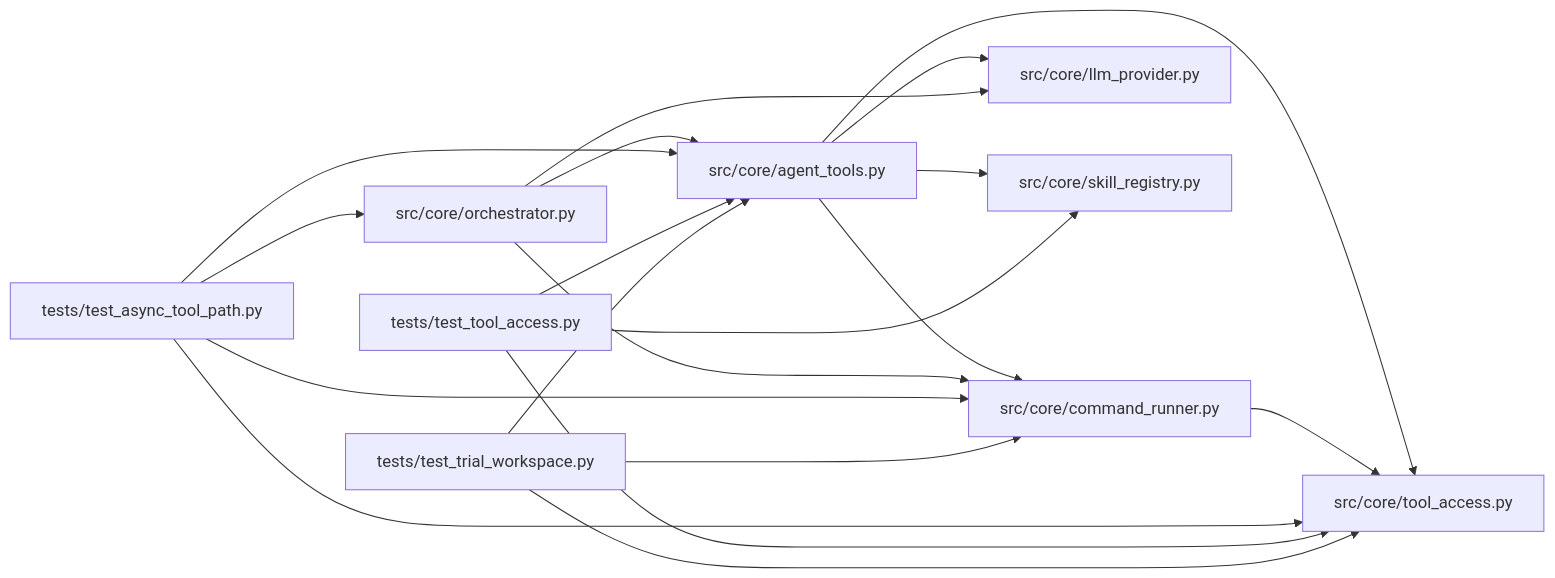
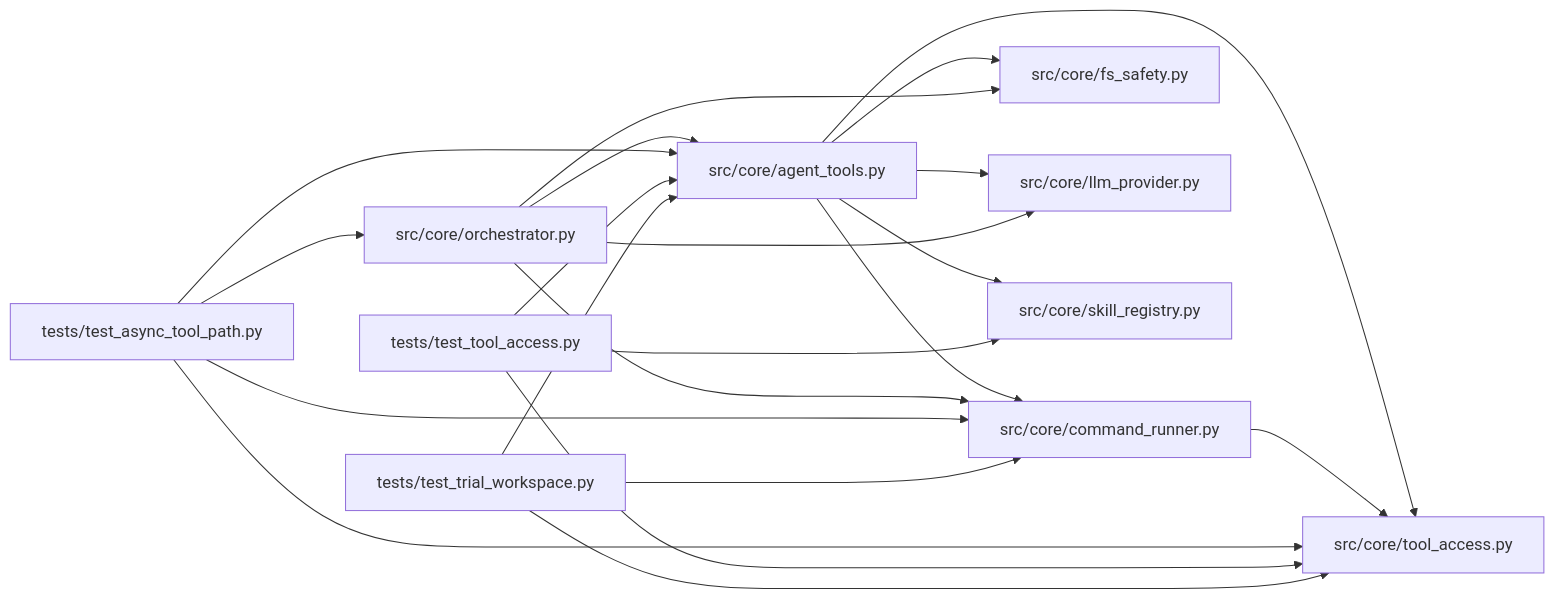
The diagram in docs/llm_wiki/modules/agent_tools.md (Denissvgn/autoresearch-agent), drawn with Mermaid before and after one commit. The commit also changed other lines of this file and 34 other files, not shown here.

````diff
--- a/docs/llm_wiki/modules/agent_tools.md
+++ b/docs/llm_wiki/modules/agent_tools.md
@@ -41,39 +42,43 @@
 ```mermaid
 flowchart LR
     n0["src/core/agent_tools.py"]
     n1["src/core/command_runner.py"]
-    n2["src/core/llm_provider.py"]
-    n3["src/core/orchestrator.py"]
-    n4["src/core/skill_registry.py"]
-    n5["src/core/tool_access.py"]
-    n6["tests/test_async_tool_path.py"]
-    n7["tests/test_tool_access.py"]
-    n8["tests/test_trial_workspace.py"]
+    n2["src/core/fs_safety.py"]
+    n3["src/core/llm_provider.py"]
+    n4["src/core/orchestrator.py"]
+    n5["src/core/skill_registry.py"]
+    n6["src/core/tool_access.py"]
+    n7["tests/test_async_tool_path.py"]
+    n8["tests/test_tool_access.py"]
+    n9["tests/test_trial_workspace.py"]
     n0 --> n1
     n0 --> n2
-    n0 --> n4
+    n0 --> n3
     n0 --> n5
-    n1 --> n5
-    n3 --> n0
-    n3 --> n1
-    n3 --> n2
-    n6 --> n0
-    n6 --> n1
-    n6 --> n3
-    n6 --> n5
+    n0 --> n6
+    n1 --> n6
+    n4 --> n0
+    n4 --> n1
+    n4 --> n2
+    n4 --> n3
     n7 --> n0
+    n7 --> n1
     n7 --> n4
-    n7 --> n5
+    n7 --> n6
     n8 --> n0
-    n8 --> n1
     n8 --> n5
+    n8 --> n6
+    n9 --> n0
+    n9 --> n1
+    n9 --> n6
     click n0 "../modules/agent_tools.md"
     click n1 "../modules/command_runner.md"
-    click n2 "../modules/llm_provider.md"
-    click n3 "../modules/orchestrator.md"
-    click n4 "../modules/skill_registry.md"
-    click n5 "../modules/tool_access.md"
-    click n6 "../modules/test_async_tool_path.md"
-    click n7 "../modules/test_tool_access.md"
-    click n8 "../modules/test_trial_workspace.md"
+    click n2 "../modules/fs_safety.md"
+    click n3 "../modules/llm_provider.md"
+    click n4 "../modules/orchestrator.md"
+    click n5 "../modules/skill_registry.md"
+    click n6 "../modules/tool_access.md"
+    click n7 "../modules/test_async_tool_path.md"
+    click n8 "../modules/test_tool_access.md"
+    click n9 "../modules/test_trial_workspace.md"
 ```
````
